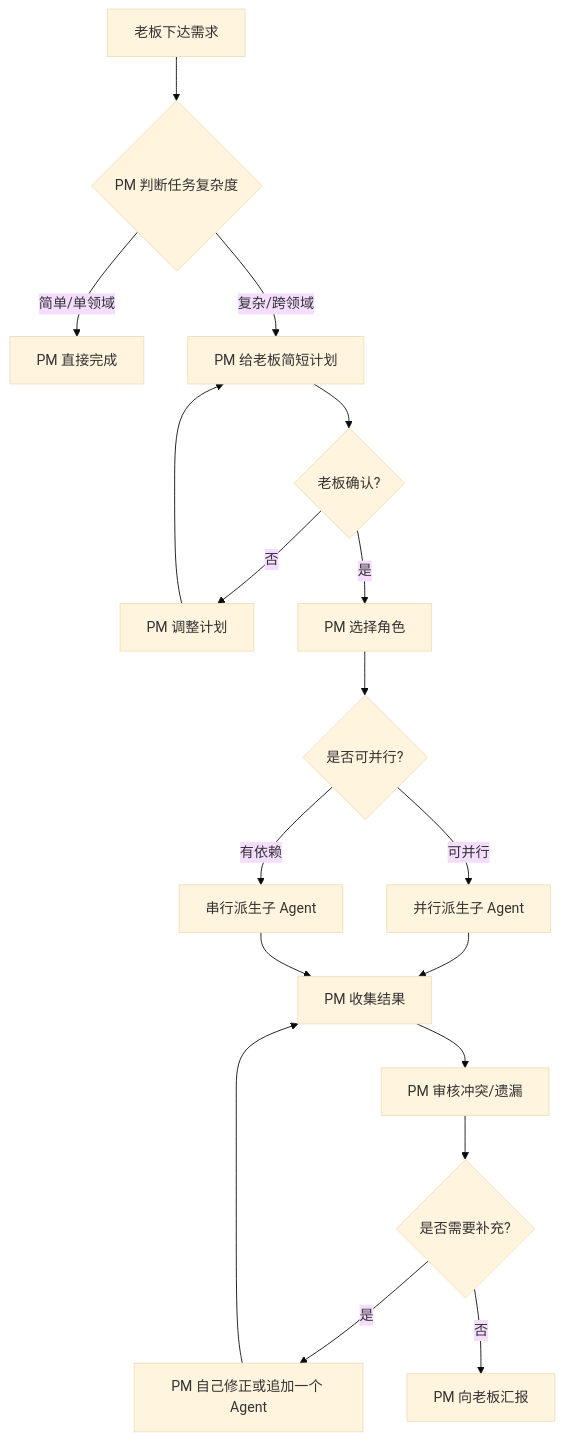
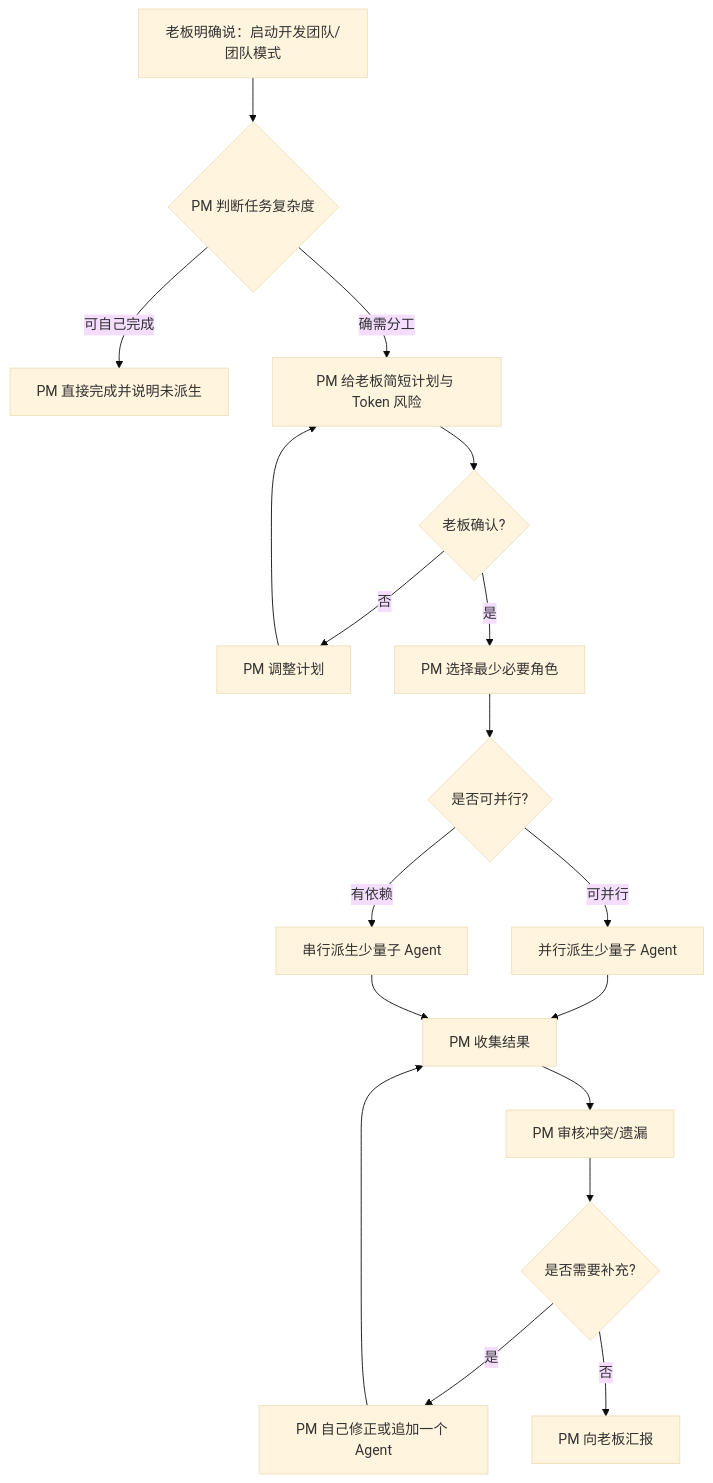
One commit to vnf123/dev-team changed the diagram in README.md. Above: the diagram before and after it, drawn with Mermaid (base theme). The commit also changed other lines of this file and 3 other files, not shown here.

````diff
--- a/README.md
+++ b/README.md
@@ -278,20 +311,20 @@
 ```mermaid
 flowchart TD
-    A[老板下达需求] --> B{PM 判断任务复杂度}
-    B -->|简单/单领域| C[PM 直接完成]
-    B -->|复杂/跨领域| D[PM 给老板简短计划]
+    A[老板明确说：启动开发团队/团队模式] --> B{PM 判断任务复杂度}
+    B -->|可自己完成| C[PM 直接完成并说明未派生]
+    B -->|确需分工| D[PM 给老板简短计划与 Token 风险]
     D --> E{老板确认?}
     E -->|否| F[PM 调整计划]
     F --> D
-    E -->|是| G[PM 选择角色]
+    E -->|是| G[PM 选择最少必要角色]
     G --> H{是否可并行?}
-    H -->|可并行| I[并行派生子 Agent]
-    H -->|有依赖| J[串行派生子 Agent]
+    H -->|可并行| I[并行派生少量子 Agent]
+    H -->|有依赖| J[串行派生少量子 Agent]
     I --> K[PM 收集结果]
     J --> K
     K --> L[PM 审核冲突/遗漏]
     L --> M{是否需要补充?}
     M -->|是| N[PM 自己修正或追加一个 Agent]
     N --> K
     M -->|否| O[PM 向老板汇报]
 ```
````
